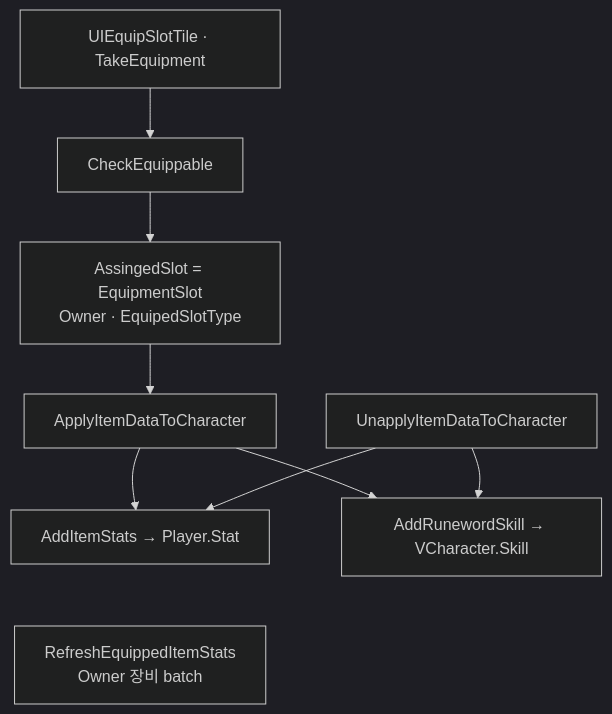
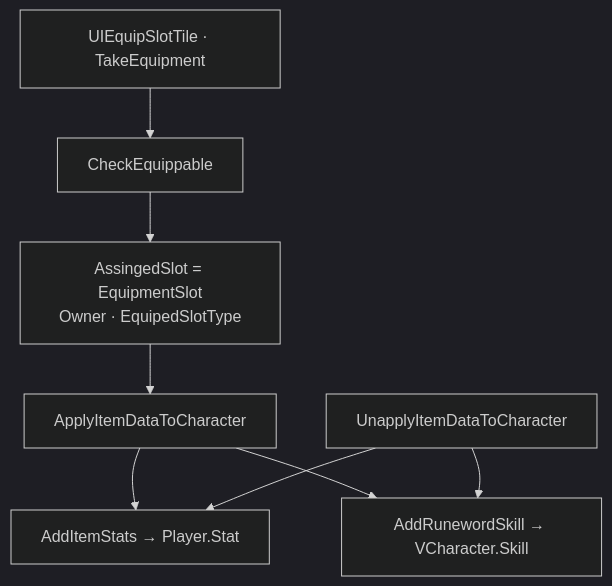
Before and after one commit to monet5379/monet5379.github.io: the diagram in notes/dragon-inventory-equip.md, drawn with Mermaid (dark theme). The commit also changed other lines of this file and 24 other files, not shown here.

Commit message:
콘텐츠(notes): project 목록 FM과 복수 증명·Mermaid·회고 슬롯을 맞춥니다.

````diff
--- a/notes/dragon-inventory-equip.md
+++ b/notes/dragon-inventory-equip.md
@@ -53,13 +48,10 @@
 ```mermaid
 flowchart TD
   U["UIEquipSlotTile · TakeEquipment"] --> C["CheckEquippable"]
   C --> S["AssingedSlot = EquipmentSlot<br/>Owner · EquipedSlotType"]
   S --> A["ApplyItemDataToCharacter"]
   A --> ST["AddItemStats → Player.Stat"]
   A --> SK["AddRunewordSkill → VCharacter.Skill"]
   X["UnapplyItemDataToCharacter"] --> ST
   X --> SK
-
-  NOTE["RefreshEquippedItemStats<br/>Owner 장비 batch"]
-  ST ~~~ NOTE
 ```
````
